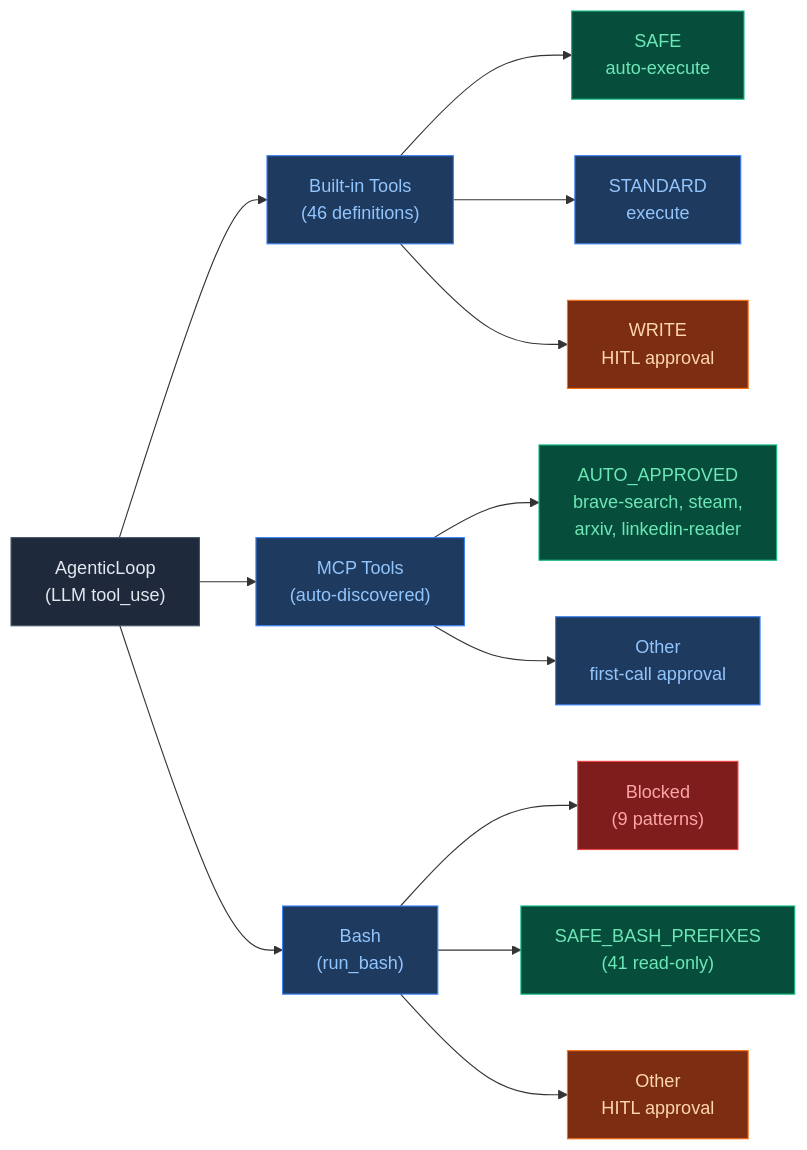
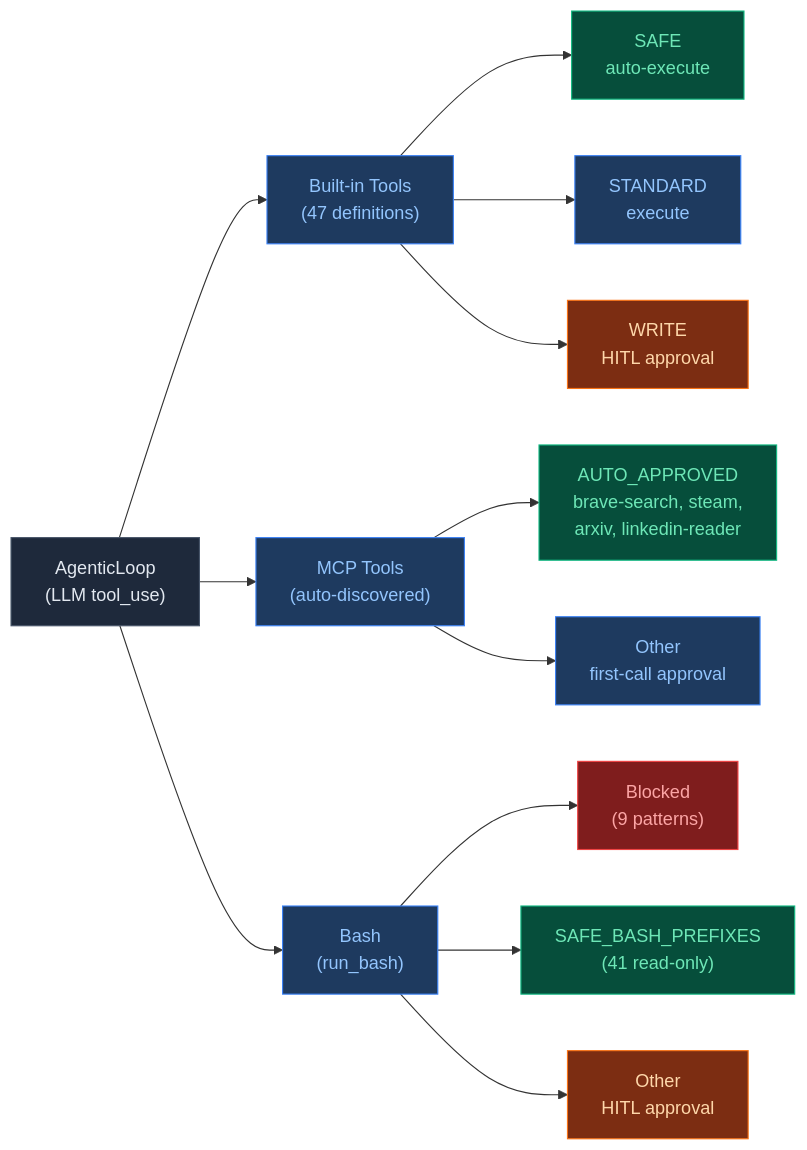
The third of 19 diagrams in docs/architecture.md (mangowhoiscloud/geode), drawn with Mermaid before and after one commit. The commit also changed other lines of this file and 8 other files, not shown here.

````diff
--- a/docs/architecture.md
+++ b/docs/architecture.md
@@ -122,32 +122,32 @@
 ```mermaid
 flowchart LR
     NL["AgenticLoop<br/>(LLM tool_use)"]
 
-    NL --> Builtin["Built-in Tools<br/>(46 definitions)"]
+    NL --> Builtin["Built-in Tools<br/>(47 definitions)"]
     NL --> MCP["MCP Tools<br/>(auto-discovered)"]
     NL --> Bash["Bash<br/>(run_bash)"]
 
     Builtin --> S1["SAFE<br/>auto-execute"]
     Builtin --> S2["STANDARD<br/>execute"]
     Builtin --> S3["WRITE<br/>HITL approval"]
 
     MCP --> MA["AUTO_APPROVED<br/>brave-search, steam,<br/>arxiv, linkedin-reader"]
     MCP --> MO["Other<br/>first-call approval"]
 
     Bash --> BBlk["Blocked<br/>(9 patterns)"]
     Bash --> BSafe["SAFE_BASH_PREFIXES<br/>(41 read-only)"]
     Bash --> BHitl["Other<br/>HITL approval"]
 
     style NL fill:#1e293b,stroke:#475569,color:#e2e8f0
     style Builtin fill:#1e3a5f,stroke:#3b82f6,color:#93c5fd
     style MCP fill:#1e3a5f,stroke:#3b82f6,color:#93c5fd
     style Bash fill:#1e3a5f,stroke:#3b82f6,color:#93c5fd
     style S1 fill:#064e3b,stroke:#10b981,color:#6ee7b7
     style S2 fill:#1e3a5f,stroke:#3b82f6,color:#93c5fd
     style S3 fill:#7c2d12,stroke:#f97316,color:#fed7aa
     style MA fill:#064e3b,stroke:#10b981,color:#6ee7b7
     style MO fill:#1e3a5f,stroke:#3b82f6,color:#93c5fd
     style BBlk fill:#7f1d1d,stroke:#ef4444,color:#fca5a5
     style BSafe fill:#064e3b,stroke:#10b981,color:#6ee7b7
     style BHitl fill:#7c2d12,stroke:#f97316,color:#fed7aa
 ```
````
